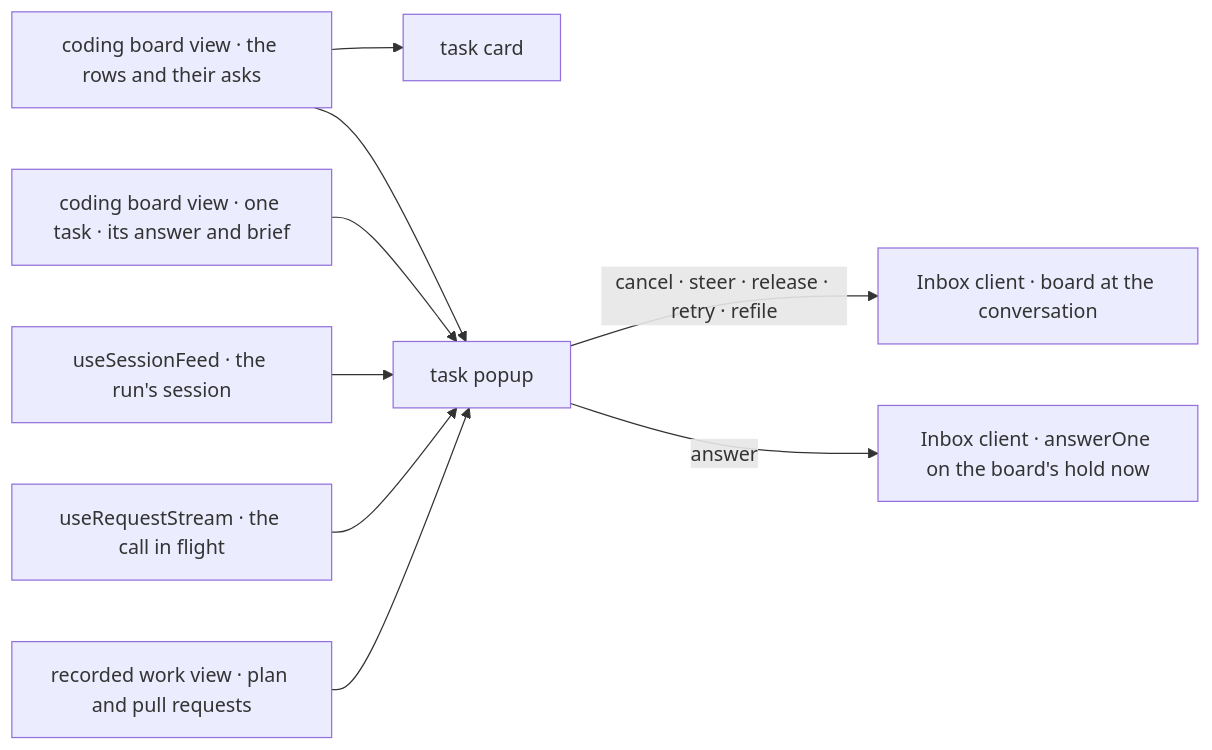
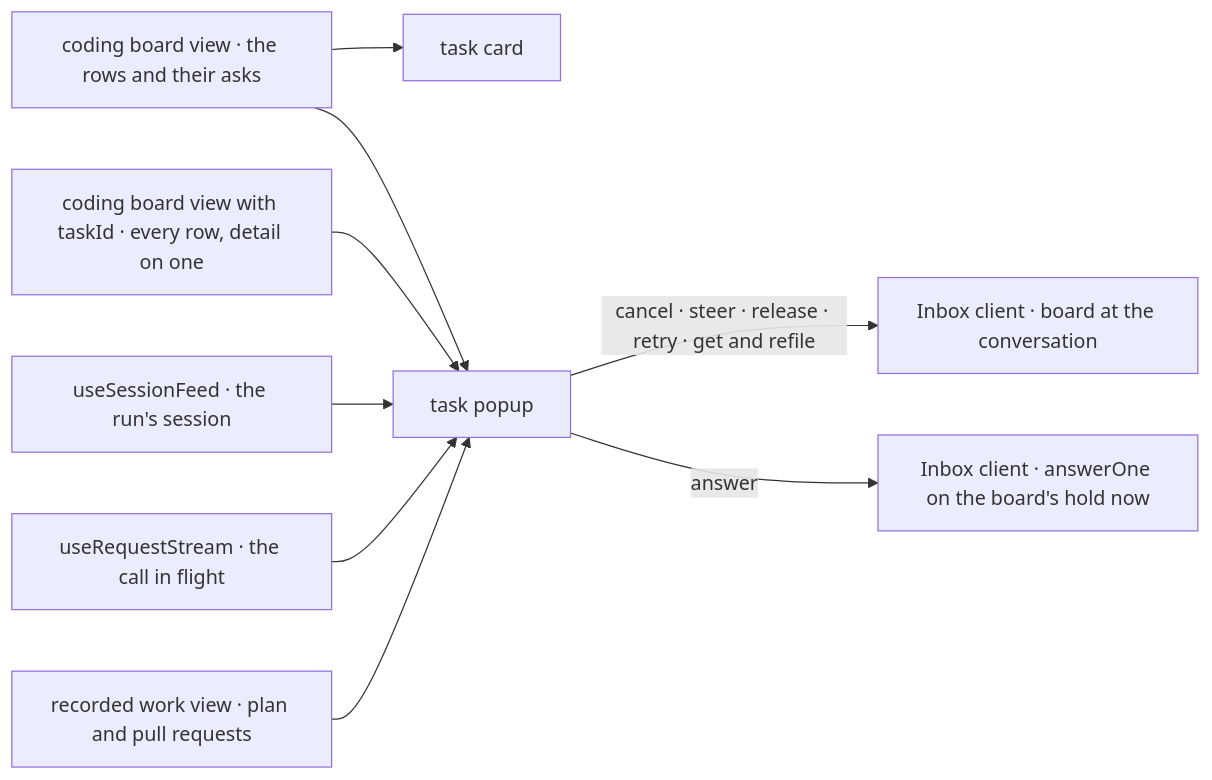
The second of 2 diagrams in specs/issues/FIX-2773/SPEC.md (fixpoint-labs/flow-state-dev), drawn with Mermaid before and after one commit. The commit also changed other lines of this file and 3 other files, not shown here.

First line of the commit message:
spec(FIX-2773): a re-run reads its brief whole; the popup's read carries the answer

````diff
--- a/specs/issues/FIX-2773/SPEC.md
+++ b/specs/issues/FIX-2773/SPEC.md
@@ -96,11 +108,11 @@
 ```mermaid
 flowchart LR
   B["coding board view · the rows and their asks"] --> CARD["task card"]
   B --> POP["task popup"]
-  BT["coding board view · one task · its answer and brief"] --> POP
+  BT["coding board view with taskId · every row, detail on one"] --> POP
   F["useSessionFeed · the run's session"] --> POP
   S["useRequestStream · the call in flight"] --> POP
   R["recorded work view · plan and pull requests"] --> POP
-  POP -->|"cancel · steer · release · retry · refile"| IB["Inbox client · board at the conversation"]
+  POP -->|"cancel · steer · release · retry · get and refile"| IB["Inbox client · board at the conversation"]
   POP -->|"answer"| IA["Inbox client · answerOne on the board's hold now"]
 ```
````
